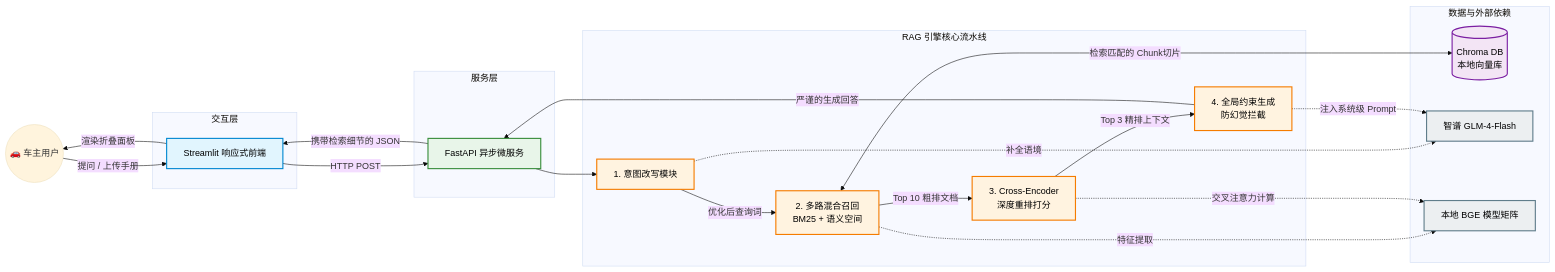
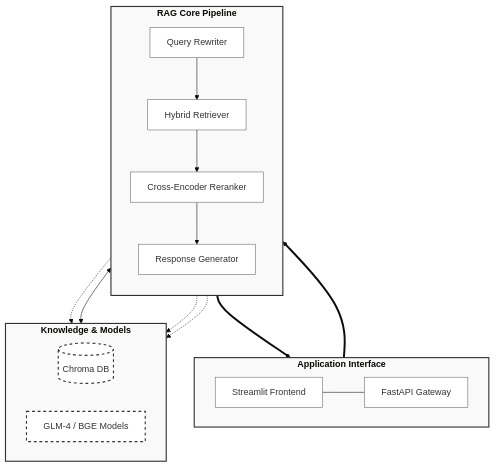
The diagram in README.md (AoT-oak/Car-Manual-RAG), drawn with Mermaid (base theme) before and after one commit.

````diff
--- a/README.md
+++ b/README.md
@@ -41,50 +41,40 @@
 ```mermaid
-graph LR
-    %% 样式定义
-    classDef ui fill:#E1F5FE,stroke:#0288D1,stroke-width:2px,color:#000;
-    classDef api fill:#E8F5E9,stroke:#388E3C,stroke-width:2px,color:#000;
-    classDef rag fill:#FFF3E0,stroke:#F57C00,stroke-width:2px,color:#000;
-    classDef db fill:#F3E5F5,stroke:#7B1FA2,stroke-width:2px,color:#000;
-    classDef external fill:#ECEFF1,stroke:#607D8B,stroke-width:2px,color:#000;
+graph TD
+    %% 样式定义：统一采用简洁的灰蓝色系，符合学术审美
+    classDef layer fill:#f9f9f9,stroke:#333,stroke-width:2px,font-weight:bold;
+    classDef component fill:#fff,stroke:#666,stroke-width:1px;
+    classDef storage fill:#fff,stroke:#333,stroke-width:2px,stroke-dasharray: 5 5;
 
-    User((🚗 车主用户))
-
-    subgraph 交互层
-        UI[Streamlit 响应式前端]:::ui
+    %% 1. 接口层 (Interface Layer)
+    subgraph Layer_UI [Application Interface]
+        direction LR
+        UI[Streamlit Frontend]:::component --- API[FastAPI Gateway]:::component
     end
 
-    subgraph 服务层
-        API[FastAPI 异步微服务]:::api
+    %% 2. 逻辑层 (RAG Pipeline Layer)
+    subgraph Layer_RAG [RAG Core Pipeline]
+        direction TB
+        Rewriter[Query Rewriter]:::component --> Hybrid[Hybrid Retriever]:::component
+        Hybrid --> Reranker[Cross-Encoder Reranker]:::component
+        Reranker --> Generator[Response Generator]:::component
     end
 
-    subgraph RAG 引擎核心流水线
-        Rewrite[1. 意图改写模块]:::rag
-        Recall[2. 多路混合召回<br/>BM25 + 语义空间]:::rag
-        Reranker[3. Cross-Encoder<br/>深度重排打分]:::rag
-        Generator[4. 全局约束生成<br/>防幻觉拦截]:::rag
+    %% 3. 基础层 (Infrastructure Layer)
+    subgraph Layer_Data [Knowledge & Models]
+        direction LR
+        DB[(Chroma DB)]:::storage
+        LLM[GLM-4 / BGE Models]:::storage
     end
 
-    subgraph 数据与外部依赖
-        Chroma[(Chroma DB<br/>本地向量库)]:::db
-        GLM[智谱 GLM-4-Flash]:::external
-        BGE[本地 BGE 模型矩阵]:::external
-    end
+    %% 全局数据流向
+    API ==> Rewriter
+    Generator ==> API
+    
+    %% 组件与底层的交互 (解耦表示)
+    Rewriter -.-> LLM
+    Hybrid <--> DB
+    Reranker -.-> LLM
+    Generator -.-> LLM
 
-    %% 请求链路 (已修复为 GitHub 兼容语法)
-    User -->|提问 / 上传手册| UI
-    UI -->|HTTP POST| API
-    
-    API --> Rewrite
-    Rewrite -.->|补全语境| GLM
-    Rewrite -->|优化后查询词| Recall
-    Recall -.->|特征提取| BGE
-    Recall <-->|检索匹配的 Chunk切片| Chroma
-    Recall -->|Top 10 粗排文档| Reranker
-    Reranker -.->|交叉注意力计算| BGE
-    Reranker -->|Top 3 精排上下文| Generator
-    Generator -.->|注入系统级 Prompt| GLM
-    Generator -->|严谨的生成回答| API
-    
-    API -->|携带检索细节的 JSON| UI
-    UI -->|渲染折叠面板| User
+    class Layer_UI,Layer_RAG,Layer_Data layer;
 ```
````
